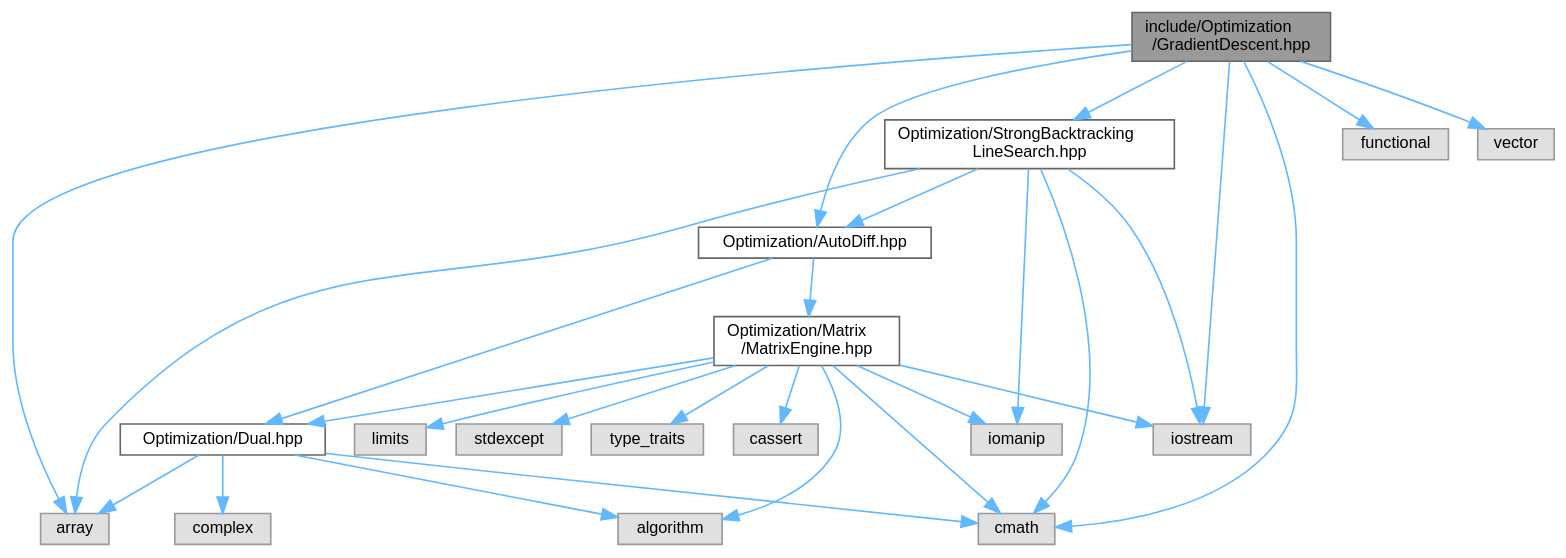
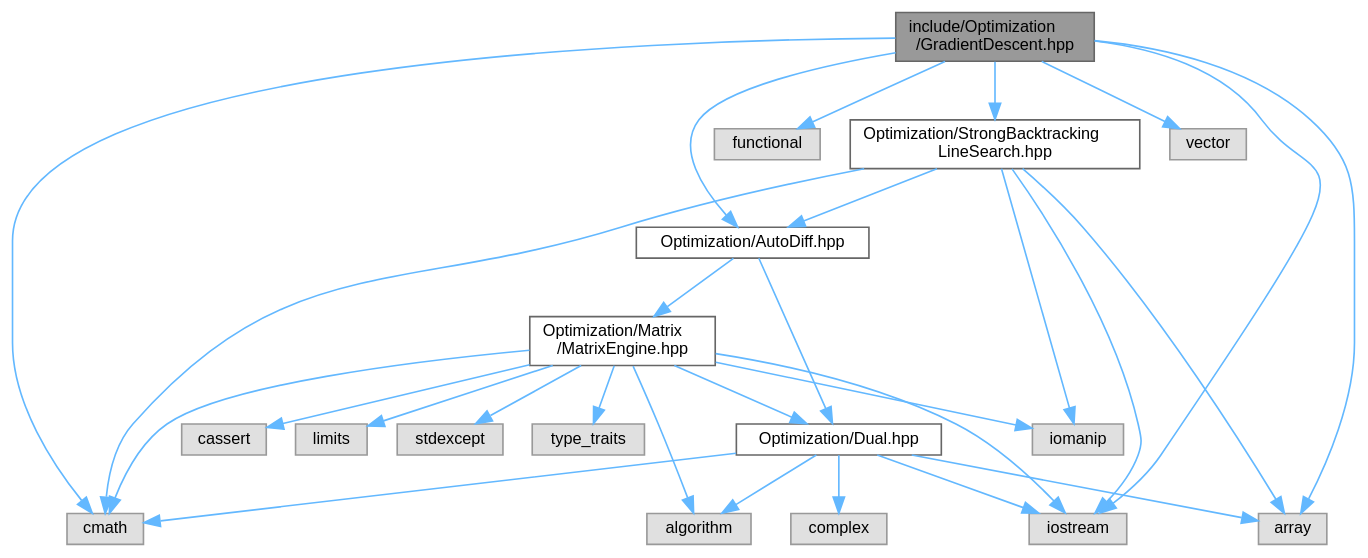
The diagram in GradientDescent_8hpp__incl.dot (jswoo0615/Algorithms_for_Optimization_cpp), drawn with Graphviz before and after one commit. The commit also changed 38 other files, not shown here.

```diff
--- a/GradientDescent_8hpp__incl.dot
+++ b/GradientDescent_8hpp__incl.dot
@@ -1,51 +1,52 @@
 digraph "include/Optimization/GradientDescent.hpp"
 {
  // LATEX_PDF_SIZE
   bgcolor="transparent";
   edge [fontname=Helvetica,fontsize=10,labelfontname=Helvetica,labelfontsize=10];
   node [fontname=Helvetica,fontsize=10,shape=box,height=0.2,width=0.4];
   Node1 [id="Node000001",label="include/Optimization\l/GradientDescent.hpp",height=0.2,width=0.4,color="gray40", fillcolor="grey60", style="filled", fontcolor="black",tooltip="Gradient Descent (경사하강법) 최적화 알고리즘 구현"];
   Node1 -> Node2 [id="edge1_Node000001_Node000002",color="steelblue1",style="solid",tooltip=" "];
   Node2 [id="Node000002",label="array",height=0.2,width=0.4,color="grey60", fillcolor="#E0E0E0", style="filled",tooltip=" "];
   Node1 -> Node3 [id="edge2_Node000001_Node000003",color="steelblue1",style="solid",tooltip=" "];
   Node3 [id="Node000003",label="cmath",height=0.2,width=0.4,color="grey60", fillcolor="#E0E0E0", style="filled",tooltip=" "];
   Node1 -> Node4 [id="edge3_Node000001_Node000004",color="steelblue1",style="solid",tooltip=" "];
   Node4 [id="Node000004",label="functional",height=0.2,width=0.4,color="grey60", fillcolor="#E0E0E0", style="filled",tooltip=" "];
   Node1 -> Node5 [id="edge4_Node000001_Node000005",color="steelblue1",style="solid",tooltip=" "];
   Node5 [id="Node000005",label="iostream",height=0.2,width=0.4,color="grey60", fillcolor="#E0E0E0", style="filled",tooltip=" "];
   Node1 -> Node6 [id="edge5_Node000001_Node000006",color="steelblue1",style="solid",tooltip=" "];
   Node6 [id="Node000006",label="vector",height=0.2,width=0.4,color="grey60", fillcolor="#E0E0E0", style="filled",tooltip=" "];
   Node1 -> Node7 [id="edge6_Node000001_Node000007",color="steelblue1",style="solid",tooltip=" "];
   Node7 [id="Node000007",label="Optimization/AutoDiff.hpp",height=0.2,width=0.4,color="grey40", fillcolor="white", style="filled",URL="$AutoDiff_8hpp_source.html",tooltip=" "];
   Node7 -> Node8 [id="edge7_Node000007_Node000008",color="steelblue1",style="solid",tooltip=" "];
   Node8 [id="Node000008",label="Optimization/Dual.hpp",height=0.2,width=0.4,color="grey40", fillcolor="white", style="filled",URL="$Dual_8hpp_source.html",tooltip=" "];
   Node8 -> Node9 [id="edge8_Node000008_Node000009",color="steelblue1",style="solid",tooltip=" "];
   Node9 [id="Node000009",label="algorithm",height=0.2,width=0.4,color="grey60", fillcolor="#E0E0E0", style="filled",tooltip=" "];
   Node8 -> Node2 [id="edge9_Node000008_Node000002",color="steelblue1",style="solid",tooltip=" "];
   Node8 -> Node3 [id="edge10_Node000008_Node000003",color="steelblue1",style="solid",tooltip=" "];
   Node8 -> Node10 [id="edge11_Node000008_Node000010",color="steelblue1",style="solid",tooltip=" "];
   Node10 [id="Node000010",label="complex",height=0.2,width=0.4,color="grey60", fillcolor="#E0E0E0", style="filled",tooltip=" "];
-  Node7 -> Node11 [id="edge12_Node000007_Node000011",color="steelblue1",style="solid",tooltip=" "];
+  Node8 -> Node5 [id="edge12_Node000008_Node000005",color="steelblue1",style="solid",tooltip=" "];
+  Node7 -> Node11 [id="edge13_Node000007_Node000011",color="steelblue1",style="solid",tooltip=" "];
   Node11 [id="Node000011",label="Optimization/Matrix\l/MatrixEngine.hpp",height=0.2,width=0.4,color="grey40", fillcolor="white", style="filled",URL="$MatrixEngine_8hpp_source.html",tooltip=" "];
-  Node11 -> Node9 [id="edge13_Node000011_Node000009",color="steelblue1",style="solid",tooltip=" "];
-  Node11 -> Node12 [id="edge14_Node000011_Node000012",color="steelblue1",style="solid",tooltip=" "];
+  Node11 -> Node9 [id="edge14_Node000011_Node000009",color="steelblue1",style="solid",tooltip=" "];
+  Node11 -> Node12 [id="edge15_Node000011_Node000012",color="steelblue1",style="solid",tooltip=" "];
   Node12 [id="Node000012",label="cassert",height=0.2,width=0.4,color="grey60", fillcolor="#E0E0E0", style="filled",tooltip=" "];
-  Node11 -> Node3 [id="edge15_Node000011_Node000003",color="steelblue1",style="solid",tooltip=" "];
-  Node11 -> Node13 [id="edge16_Node000011_Node000013",color="steelblue1",style="solid",tooltip=" "];
+  Node11 -> Node3 [id="edge16_Node000011_Node000003",color="steelblue1",style="solid",tooltip=" "];
+  Node11 -> Node13 [id="edge17_Node000011_Node000013",color="steelblue1",style="solid",tooltip=" "];
   Node13 [id="Node000013",label="iomanip",height=0.2,width=0.4,color="grey60", fillcolor="#E0E0E0", style="filled",tooltip=" "];
-  Node11 -> Node5 [id="edge17_Node000011_Node000005",color="steelblue1",style="solid",tooltip=" "];
-  Node11 -> Node14 [id="edge18_Node000011_Node000014",color="steelblue1",style="solid",tooltip=" "];
+  Node11 -> Node5 [id="edge18_Node000011_Node000005",color="steelblue1",style="solid",tooltip=" "];
+  Node11 -> Node14 [id="edge19_Node000011_Node000014",color="steelblue1",style="solid",tooltip=" "];
   Node14 [id="Node000014",label="limits",height=0.2,width=0.4,color="grey60", fillcolor="#E0E0E0", style="filled",tooltip=" "];
-  Node11 -> Node15 [id="edge19_Node000011_Node000015",color="steelblue1",style="solid",tooltip=" "];
+  Node11 -> Node15 [id="edge20_Node000011_Node000015",color="steelblue1",style="solid",tooltip=" "];
   Node15 [id="Node000015",label="stdexcept",height=0.2,width=0.4,color="grey60", fillcolor="#E0E0E0", style="filled",tooltip=" "];
-  Node11 -> Node16 [id="edge20_Node000011_Node000016",color="steelblue1",style="solid",tooltip=" "];
+  Node11 -> Node16 [id="edge21_Node000011_Node000016",color="steelblue1",style="solid",tooltip=" "];
   Node16 [id="Node000016",label="type_traits",height=0.2,width=0.4,color="grey60", fillcolor="#E0E0E0", style="filled",tooltip=" "];
-  Node11 -> Node8 [id="edge21_Node000011_Node000008",color="steelblue1",style="solid",tooltip=" "];
-  Node1 -> Node17 [id="edge22_Node000001_Node000017",color="steelblue1",style="solid",tooltip=" "];
+  Node11 -> Node8 [id="edge22_Node000011_Node000008",color="steelblue1",style="solid",tooltip=" "];
+  Node1 -> Node17 [id="edge23_Node000001_Node000017",color="steelblue1",style="solid",tooltip=" "];
   Node17 [id="Node000017",label="Optimization/StrongBacktracking\lLineSearch.hpp",height=0.2,width=0.4,color="grey40", fillcolor="white", style="filled",URL="$StrongBacktrackingLineSearch_8hpp_source.html",tooltip=" "];
-  Node17 -> Node2 [id="edge23_Node000017_Node000002",color="steelblue1",style="solid",tooltip=" "];
-  Node17 -> Node3 [id="edge24_Node000017_Node000003",color="steelblue1",style="solid",tooltip=" "];
-  Node17 -> Node13 [id="edge25_Node000017_Node000013",color="steelblue1",style="solid",tooltip=" "];
-  Node17 -> Node5 [id="edge26_Node000017_Node000005",color="steelblue1",style="solid",tooltip=" "];
-  Node17 -> Node7 [id="edge27_Node000017_Node000007",color="steelblue1",style="solid",tooltip=" "];
+  Node17 -> Node2 [id="edge24_Node000017_Node000002",color="steelblue1",style="solid",tooltip=" "];
+  Node17 -> Node3 [id="edge25_Node000017_Node000003",color="steelblue1",style="solid",tooltip=" "];
+  Node17 -> Node13 [id="edge26_Node000017_Node000013",color="steelblue1",style="solid",tooltip=" "];
+  Node17 -> Node5 [id="edge27_Node000017_Node000005",color="steelblue1",style="solid",tooltip=" "];
+  Node17 -> Node7 [id="edge28_Node000017_Node000007",color="steelblue1",style="solid",tooltip=" "];
 }
```
